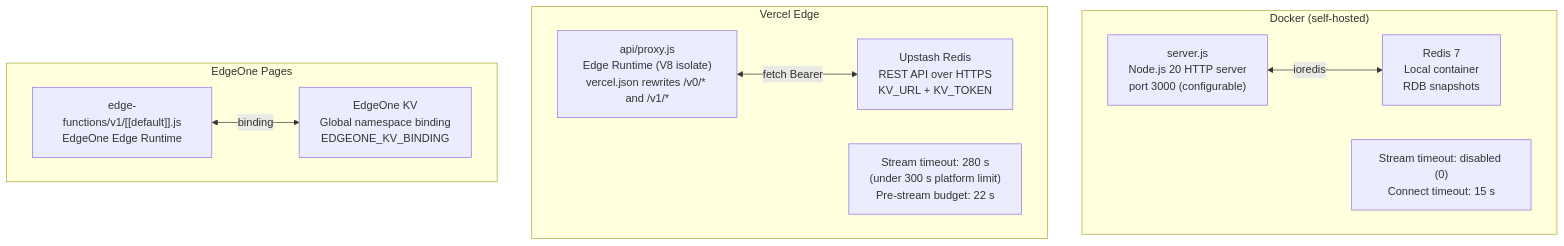
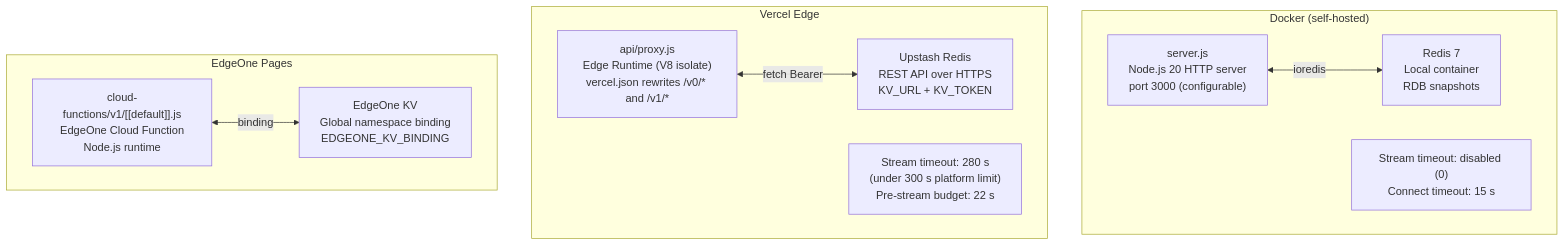
One commit to lqdflying/cursorProxy changed the third of 5 diagrams in doc/auth-and-deployment.md. Above: the diagram before and after it, drawn with Mermaid. The commit also changed other lines of this file and 22 other files, not shown here.

Commit message:
fix: route EdgeOne logs through cloud functions

````diff
--- a/doc/auth-and-deployment.md
+++ b/doc/auth-and-deployment.md
@@ -50,22 +50,22 @@
 ```mermaid
 flowchart TD
     subgraph "Docker (self-hosted)"
         D_ENTRY["server.js\nNode.js 20 HTTP server\nport 3000 (configurable)"]
         D_KV["Redis 7\nLocal container\nRDB snapshots"]
         D_TIMEOUT["Stream timeout: disabled (0)\nConnect timeout: 15 s"]
         D_ENTRY <-->|ioredis| D_KV
     end
 
     subgraph "Vercel Edge"
         V_ENTRY["api/proxy.js\nEdge Runtime (V8 isolate)\nvercel.json rewrites /v0/* and /v1/*"]
         V_KV["Upstash Redis\nREST API over HTTPS\nKV_URL + KV_TOKEN"]
         V_TIMEOUT["Stream timeout: 280 s\n(under 300 s platform limit)\nPre-stream budget: 22 s"]
         V_ENTRY <-->|fetch Bearer| V_KV
     end
 
     subgraph "EdgeOne Pages"
-        E_ENTRY["edge-functions/v1/[[default]].js\nEdgeOne Edge Runtime"]
+        E_ENTRY["cloud-functions/v1/[[default]].js\nEdgeOne Cloud Function\nNode.js runtime"]
         E_KV["EdgeOne KV\nGlobal namespace binding\nEDGEONE_KV_BINDING"]
         E_ENTRY <-->|binding| E_KV
     end
 ```
````
